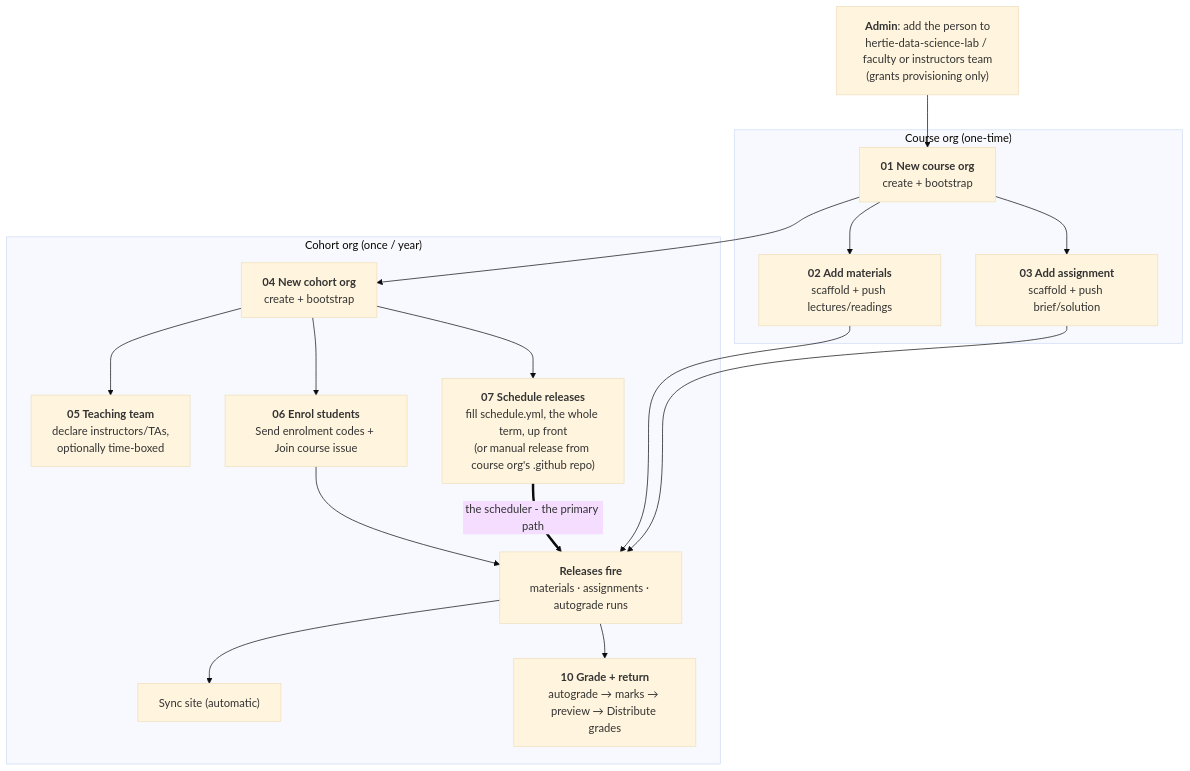
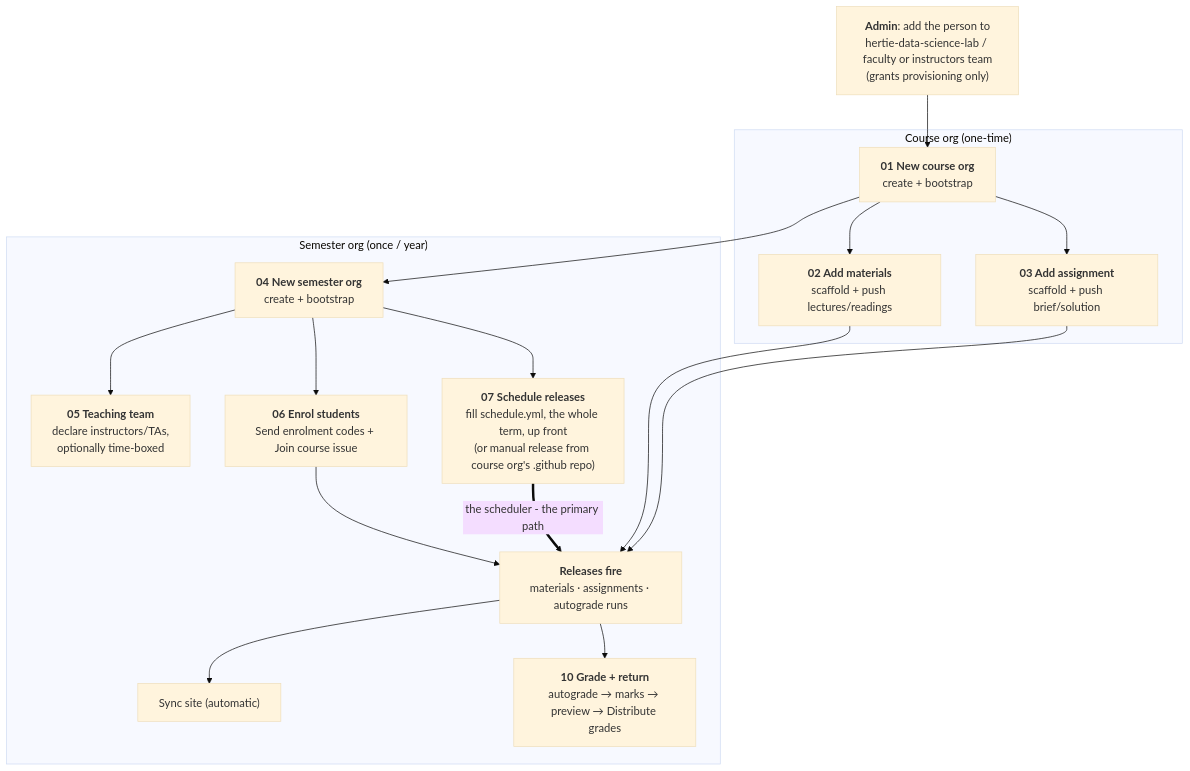
One commit to hertie-data-science-lab/dsl-teaching-toolkit changed the diagram in docs/README.md. Above: the diagram before and after it, drawn with Mermaid (base theme). The commit also changed other lines of this file and 201 other files, not shown here.

First line of the commit message:
refactor(names): rename cohort, term and tag to semester

````diff
--- a/docs/README.md
+++ b/docs/README.md
@@ -17,46 +17,46 @@
 ```mermaid
 flowchart TD
   A["`**Admin**: add the person to
 hertie-data-science-lab / faculty or instructors team
 (grants provisioning only)`"] --> B
 
   subgraph COURSE["Course org (one-time)"]
     B["`**01 New course org**
 create + bootstrap`"]
     C["`**02 Add materials**
 scaffold + push lectures/readings`"]
     D["`**03 Add assignment**
 scaffold + push brief/solution`"]
     B --> C
     B --> D
   end
 
-  subgraph COHORT["Cohort org (once / year)"]
-    E["`**04 New cohort org**
+  subgraph SEMESTER["Semester org (once / year)"]
+    E["`**04 New semester org**
 create + bootstrap`"]
     T["`**05 Teaching team**
 declare instructors/TAs,
 optionally time-boxed`"]
     F["`**06 Enrol students**
 Send enrolment codes + Join course issue`"]
     S["`**07 Schedule releases**
 fill schedule.yml, the whole term, up front
 (or manual release from course org's .github repo)`"]
     G["`**Releases fire**
 materials · assignments · autograde runs`"]
     I["Sync site (automatic)"]
     J["`**10 Grade + return**
 autograde → marks → preview → Distribute grades`"]
     E --> T
     E --> F
     E --> S
     F --> G
     S ==>|"the scheduler - the primary path"| G
     G --> I
     G --> J
   end
 
   B --> E
   C --> G
   D --> G
 ```
````
